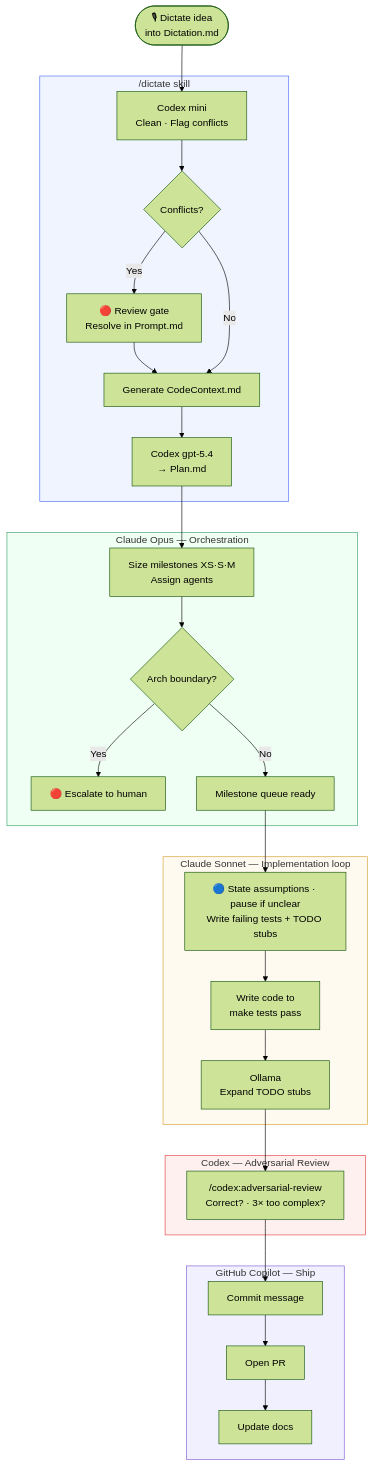
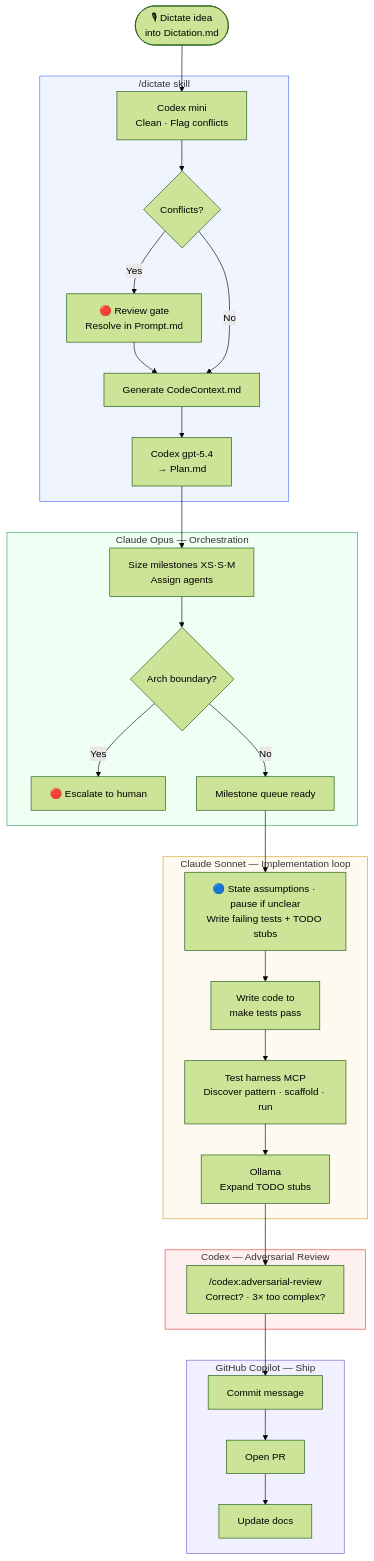
One commit to KomplexMojo/agent-kernel changed the first of 3 diagrams in WORKFLOW.md. Above: the diagram before and after it, drawn with Mermaid (forest theme). The commit also changed other lines of this file and 264 other files, not shown here.

Commit message:
Update test harness workflow and migrate test suites

````diff
--- a/WORKFLOW.md
+++ b/WORKFLOW.md
@@ -23,46 +23,47 @@
 ```mermaid
 flowchart TD
     A([🎙 Dictate idea\ninto Dictation.md]) --> B
 
     subgraph SKILL ["/dictate skill"]
         B[Codex mini\nClean · Flag conflicts] --> C{Conflicts?}
         C -->|Yes| D[🔴 Review gate\nResolve in Prompt.md]
         D --> E
         C -->|No| E[Generate CodeContext.md]
         E --> F[Codex gpt-5.4\n→ Plan.md]
     end
 
     F --> G
 
     subgraph ORCH [Claude Opus — Orchestration]
         G[Size milestones XS·S·M\nAssign agents] --> H{Arch boundary?}
         H -->|Yes| I[🔴 Escalate to human]
         H -->|No| J[Milestone queue ready]
     end
 
     J --> K
 
     subgraph IMPL [Claude Sonnet — Implementation loop]
         K["🔵 State assumptions · pause if unclear\nWrite failing tests + TODO stubs"] --> L[Write code to\nmake tests pass]
-        L --> M[Ollama\nExpand TODO stubs]
-    end
-
-    M --> N
-
-    subgraph VERIFY [Codex — Adversarial Review]
-        N["/codex:adversarial-review\nCorrect? · 3× too complex?"]
+        L --> M[Test harness MCP\nDiscover pattern · scaffold · run]
+        M --> N[Ollama\nExpand TODO stubs]
     end
 
     N --> O
 
+    subgraph VERIFY [Codex — Adversarial Review]
+        O["/codex:adversarial-review\nCorrect? · 3× too complex?"]
+    end
+
+    O --> P
+
     subgraph SHIP [GitHub Copilot — Ship]
-        O[Commit message] --> P[Open PR]
-        P --> Q[Update docs]
+        P[Commit message] --> Q[Open PR]
+        Q --> R[Update docs]
     end
 
     style SKILL fill:#f0f4ff,stroke:#4a6cf7
     style ORCH fill:#f0fff4,stroke:#38a169
     style IMPL fill:#fffaf0,stroke:#d69e2e
     style VERIFY fill:#fff0f0,stroke:#e53e3e
     style SHIP fill:#f0f0ff,stroke:#805ad5
 ```
````
